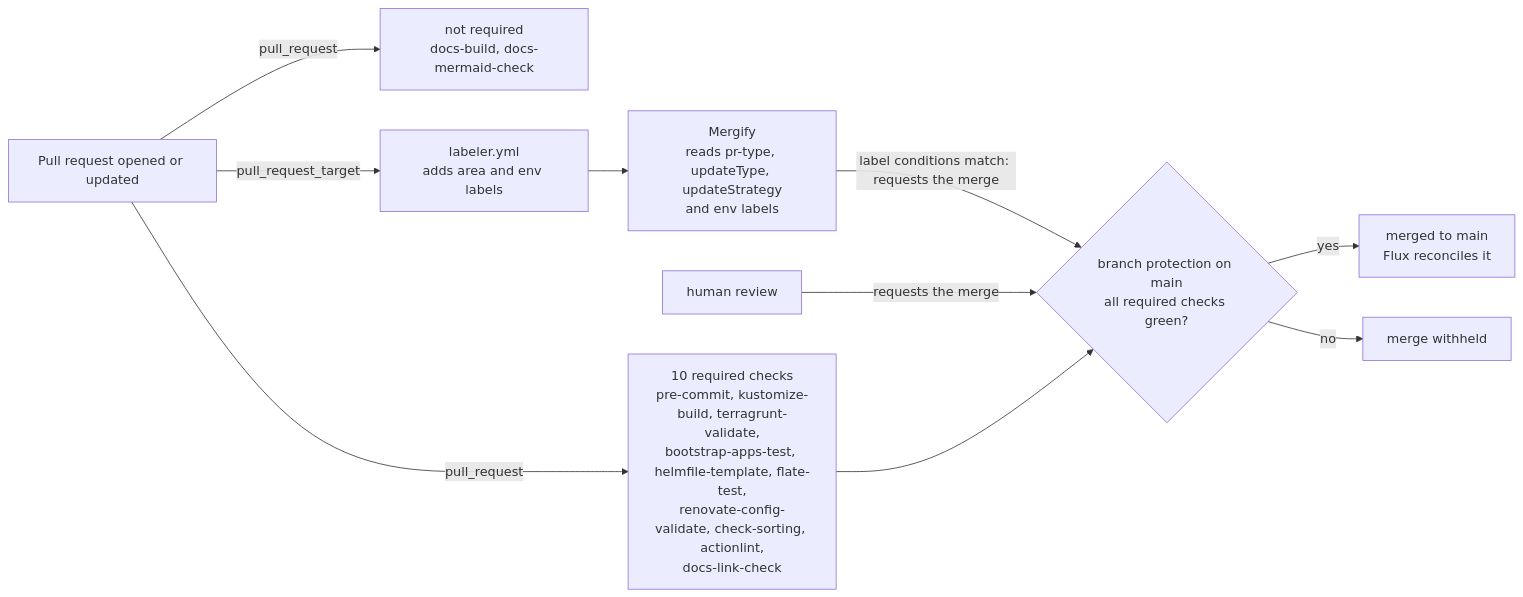
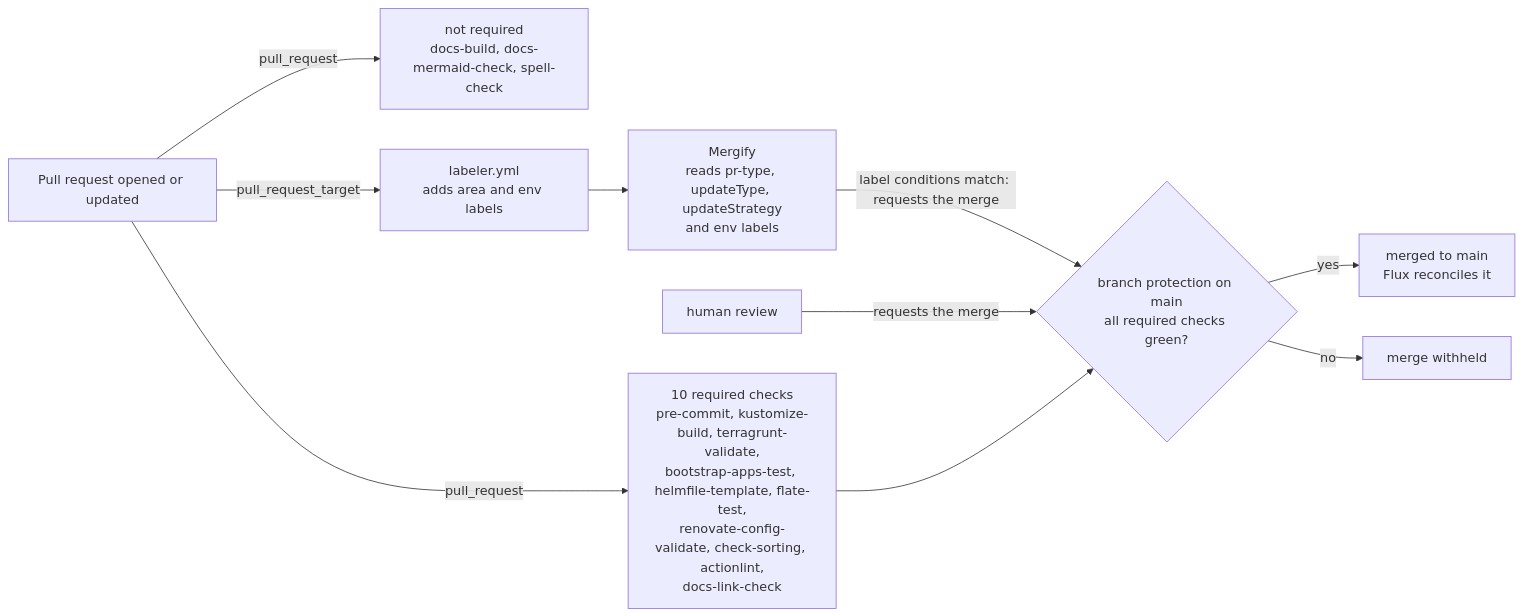
The diagram in docs/architecture/ci.md (isejalabs/homelab), drawn with Mermaid before and after one commit. The commit also changed other lines of this file and 13 other files, not shown here.

````diff
--- a/docs/architecture/ci.md
+++ b/docs/architecture/ci.md
@@ -33,18 +35,18 @@
 ```mermaid
 flowchart LR
     accTitle: Pull request path through CI, labeling and Mergify
-    accDescr: A pull request triggers the 11 validation workflows and the docs mermaid check on the pull_request event, and the labeler workflow on pull_request_target. Ten of the validation workflows are required status checks, while docs-build and docs-mermaid-check are not. The labeler adds area and env labels that Mergify reads to decide whether it may merge a Renovate pull request. A human or Mergify can request the merge, and branch protection on main withholds it until every required check has passed.
+    accDescr: A pull request triggers the 11 validation workflows and the docs mermaid check on the pull_request event, and the labeler workflow on pull_request_target. Ten of the validation workflows are required status checks, while docs-build, docs-mermaid-check and spell-check are not. The labeler adds area and env labels that Mergify reads to decide whether it may merge a Renovate pull request. A human or Mergify can request the merge, and branch protection on main withholds it until every required check has passed.
 
     pr["Pull request opened or updated"]
 
     pr -->|"pull_request"| required["10 required checks<br/>pre-commit, kustomize-build, terragrunt-validate,<br/>bootstrap-apps-test, helmfile-template, flate-test,<br/>renovate-config-validate, check-sorting, actionlint,<br/>docs-link-check"]
-    pr -->|"pull_request"| optional["not required<br/>docs-build, docs-mermaid-check"]
+    pr -->|"pull_request"| optional["not required<br/>docs-build, docs-mermaid-check, spell-check"]
     pr -->|"pull_request_target"| labeler["labeler.yml<br/>adds area and env labels"]
 
     labeler --> mergify["Mergify<br/>reads pr-type, updateType, updateStrategy<br/>and env labels"]
     mergify -->|"label conditions match: requests the merge"| gate
     human["human review"] -->|"requests the merge"| gate
     required --> gate{"branch protection on main<br/>all required checks green?"}
     gate -->|"yes"| main["merged to main<br/>Flux reconciles it"]
     gate -->|"no"| blocked["merge withheld"]
 ```
````
